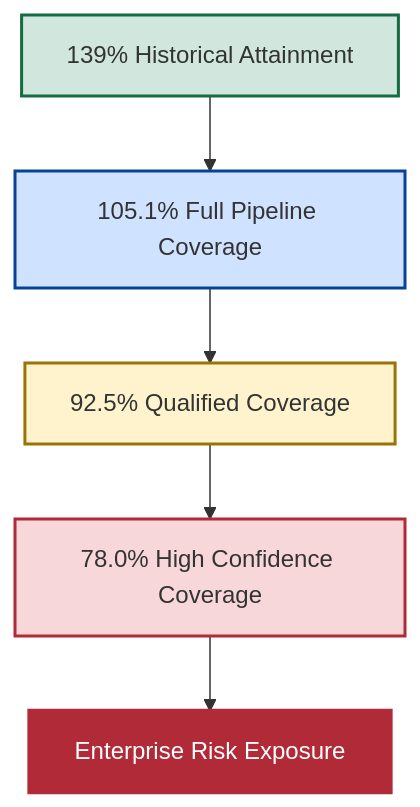
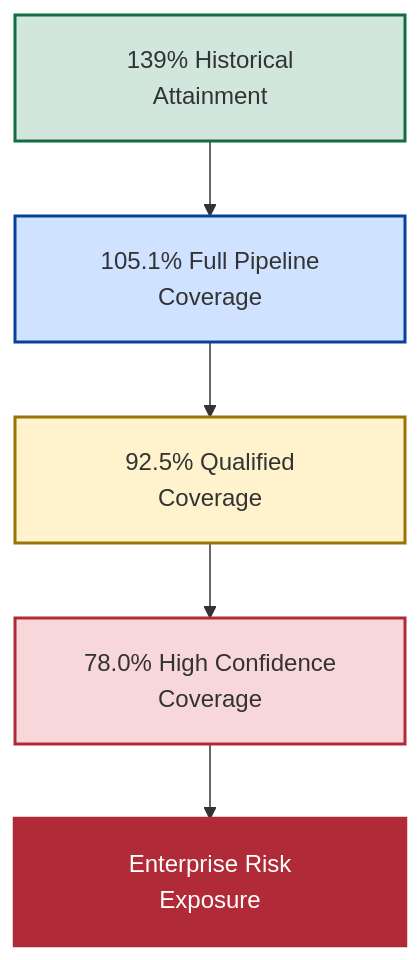
Before and after one commit to AwesomeAnil/newbridge-saas-operating-system: the third of 4 diagrams in README.md, drawn with Mermaid. The commit also changed other lines of this file, not shown here.

````diff
--- a/README.md
+++ b/README.md
@@ -197,23 +169,15 @@
 ```mermaid
 flowchart TD
 
-A["139% Historical Attainment"]
+    A["<table><tr><td width='350' align='center'>139% Historical<br/>Attainment</td></tr></table>"] --> B["<table><tr><td width='350' align='center'>105.1% Full Pipeline<br/>Coverage</td></tr></table>"]
+    B --> C["<table><tr><td width='350' align='center'>92.5% Qualified<br/>Coverage</td></tr></table>"]
+    C --> D["<table><tr><td width='350' align='center'>78.0% High Confidence<br/>Coverage</td></tr></table>"]
+    D --> E["<table><tr><td width='350' align='center'>Enterprise Risk<br/>Exposure</td></tr></table>"]
 
---> B["105.1% Full Pipeline Coverage"]
-
---> C["92.5% Qualified Coverage"]
-
---> D["78.0% High Confidence Coverage"]
-
---> E["Enterprise Risk Exposure"]
-
-style A fill:#d1e7dd,stroke:#146c43,stroke-width:2px
-
-style B fill:#cfe2ff,stroke:#084298,stroke-width:2px
-
-style C fill:#fff3cd,stroke:#997404,stroke-width:2px
-
-style D fill:#f8d7da,stroke:#b02a37,stroke-width:2px
-
-style E fill:#b02a37,color:#ffffff,stroke:#b02a37,stroke-width:3px
+    %% Individual Node Color Overrides
+    style A fill:#d1e7dd,stroke:#146c43,stroke-width:2px
+    style B fill:#cfe2ff,stroke:#084298,stroke-width:2px
+    style C fill:#fff3cd,stroke:#997404,stroke-width:2px
+    style D fill:#f8d7da,stroke:#b02a37,stroke-width:2px
+    style E fill:#b02a37,color:#ffffff,stroke:#b02a37,stroke-width:3px
 ```
````
